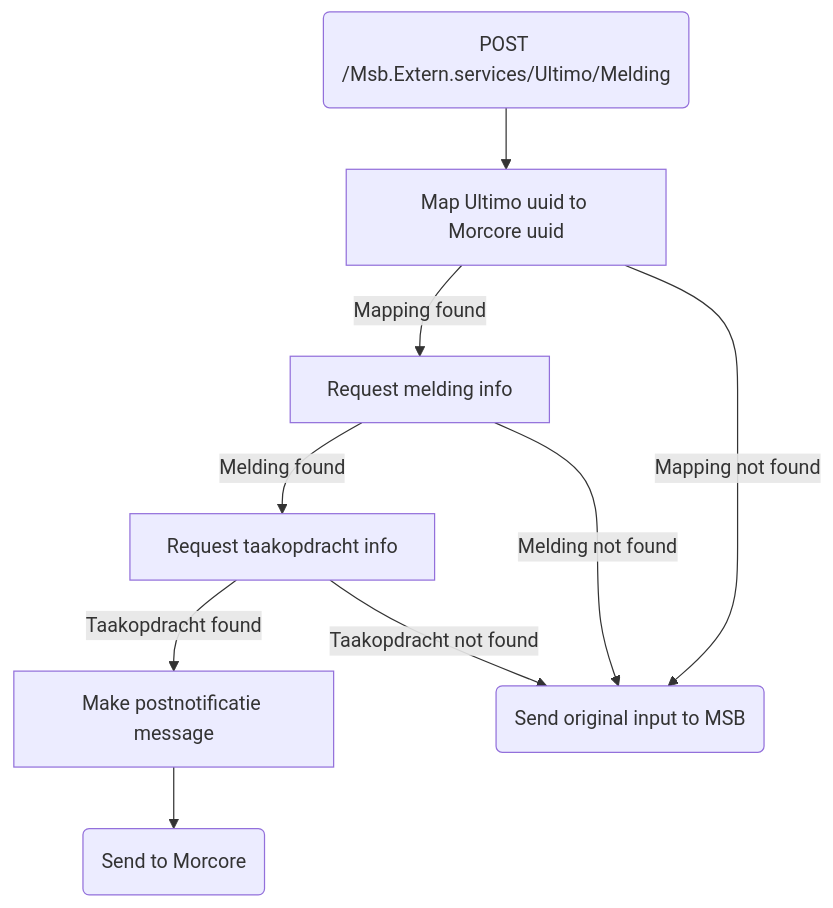
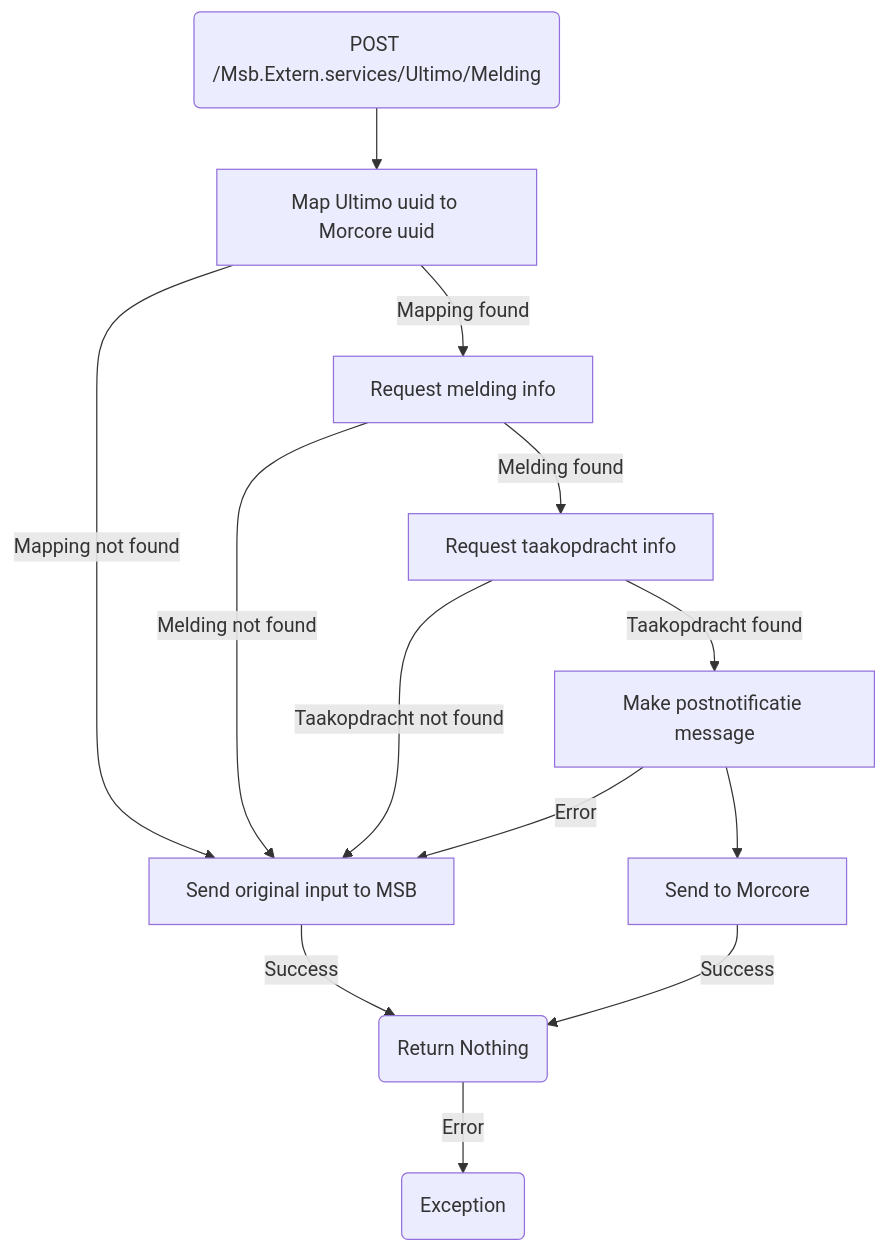
Before and after one commit to wearefrank/morcoreintegration: the diagram in docusaurus/docs/morcore2ultimo/frank/postnotificatie.md, drawn with Mermaid. The commit also changed other lines of this file and 23 other files, not shown here.

````diff
--- a/docusaurus/docs/morcore2ultimo/frank/postnotificatie.md
+++ b/docusaurus/docs/morcore2ultimo/frank/postnotificatie.md
@@ -7,13 +13,21 @@
 ```mermaid
 flowchart TD
     A("POST /Msb.Extern.services/Ultimo/Melding") --> B[Map Ultimo uuid to Morcore uuid]
     B -->|Mapping found| C[Request melding info]
     C -->|Melding found| D[Request taakopdracht info]
     D -->|Taakopdracht found| E[Make postnotificatie message]
-    E --> F(Send to Morcore)
+    E --> F[Send to Morcore]
     
-    G(Send original input to MSB)
+    G[Send original input to MSB]
     B -->|Mapping not found| G
     C -->|Melding not found| G
     D -->|Taakopdracht not found| G
+    E -->|Error| G
+    
+    H(Return Nothing)
+    G -->|Success| H
+    F -->|Success| H
+
+    I(Exception)
+    H --> |Error| I
 ```
````
